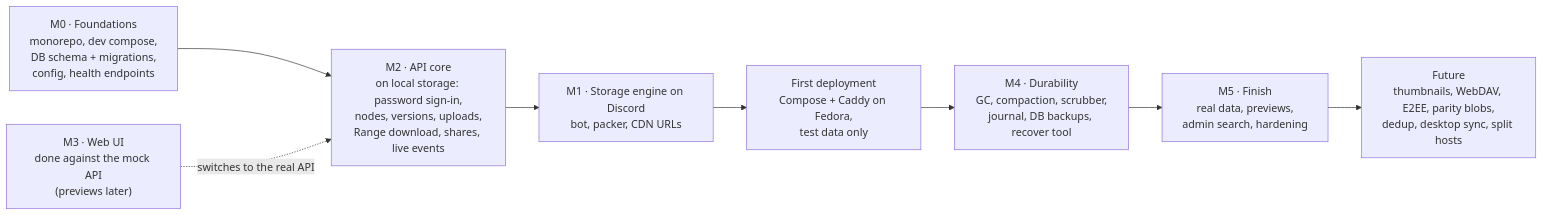
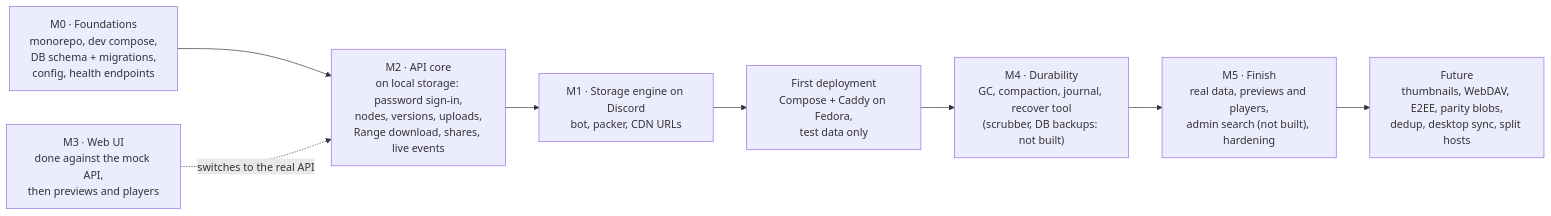
Diagram 11 of 11 in docs/DESIGN.md (AlexB8675/DFS), drawn with Mermaid before and after one commit. The commit also changed other lines of this file and 10 other files, not shown here.

````diff
--- a/docs/DESIGN.md
+++ b/docs/DESIGN.md
@@ -1079,10 +1114,10 @@
 ```mermaid
 flowchart LR
     M0["M0 · Foundations<br/>monorepo, dev compose,<br/>DB schema + migrations,<br/>config, health endpoints"] --> M2["M2 · API core<br/>on local storage: password sign-in,<br/>nodes, versions, uploads,<br/>Range download, shares, live events"]
-    M3["M3 · Web UI<br/>done against the mock API<br/>(previews later)"] -.->|"switches to the real API"| M2
+    M3["M3 · Web UI<br/>done against the mock API,<br/>then previews and players"] -.->|"switches to the real API"| M2
     M2 --> M1["M1 · Storage engine on Discord<br/>bot, packer, CDN URLs"]
     M1 --> DEP["First deployment<br/>Compose + Caddy on Fedora,<br/>test data only"]
-    DEP --> M4["M4 · Durability<br/>GC, compaction, scrubber,<br/>journal, DB backups, recover tool"]
-    M4 --> M5["M5 · Finish<br/>real data, previews,<br/>admin search, hardening"]
+    DEP --> M4["M4 · Durability<br/>GC, compaction, journal, recover tool<br/>(scrubber, DB backups: not built)"]
+    M4 --> M5["M5 · Finish<br/>real data, previews and players,<br/>admin search (not built), hardening"]
     M5 --> F["Future<br/>thumbnails, WebDAV, E2EE, parity blobs,<br/>dedup, desktop sync, split hosts"]
 ```
````
